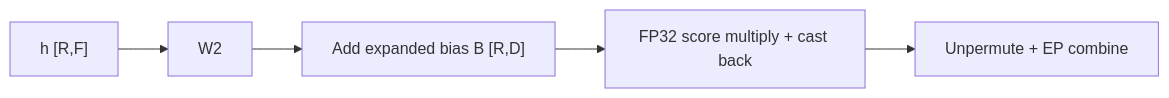
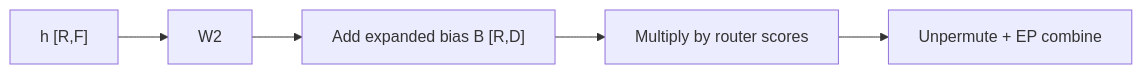
One commit to pytorch/torchtitan changed the first of 3 diagrams in torchtitan/models/common/moe/ROUTER_SCORE_ABSORPTION.md. Above: the diagram before and after it, drawn with Mermaid. The commit also changed other lines of this file and 2 other files, not shown here.

````diff
--- a/torchtitan/models/common/moe/ROUTER_SCORE_ABSORPTION.md
+++ b/torchtitan/models/common/moe/ROUTER_SCORE_ABSORPTION.md
@@ -15,6 +15,6 @@
 ```mermaid
 flowchart LR
     H["h [R,F]"] --> W["W2"] --> A["Add expanded bias B [R,D]"]
-    A --> S["FP32 score multiply + cast back"]
+    A --> S["Multiply by router scores"]
     S --> C["Unpermute + EP combine"]
 ```
````
